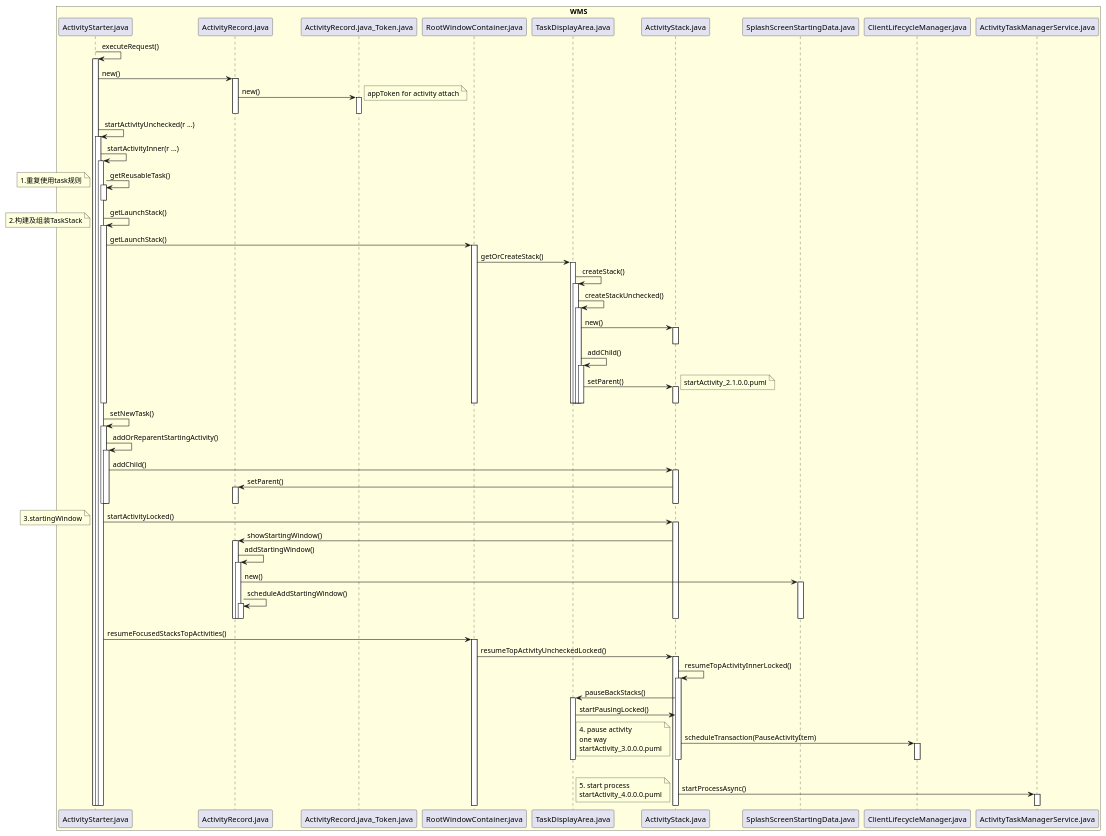
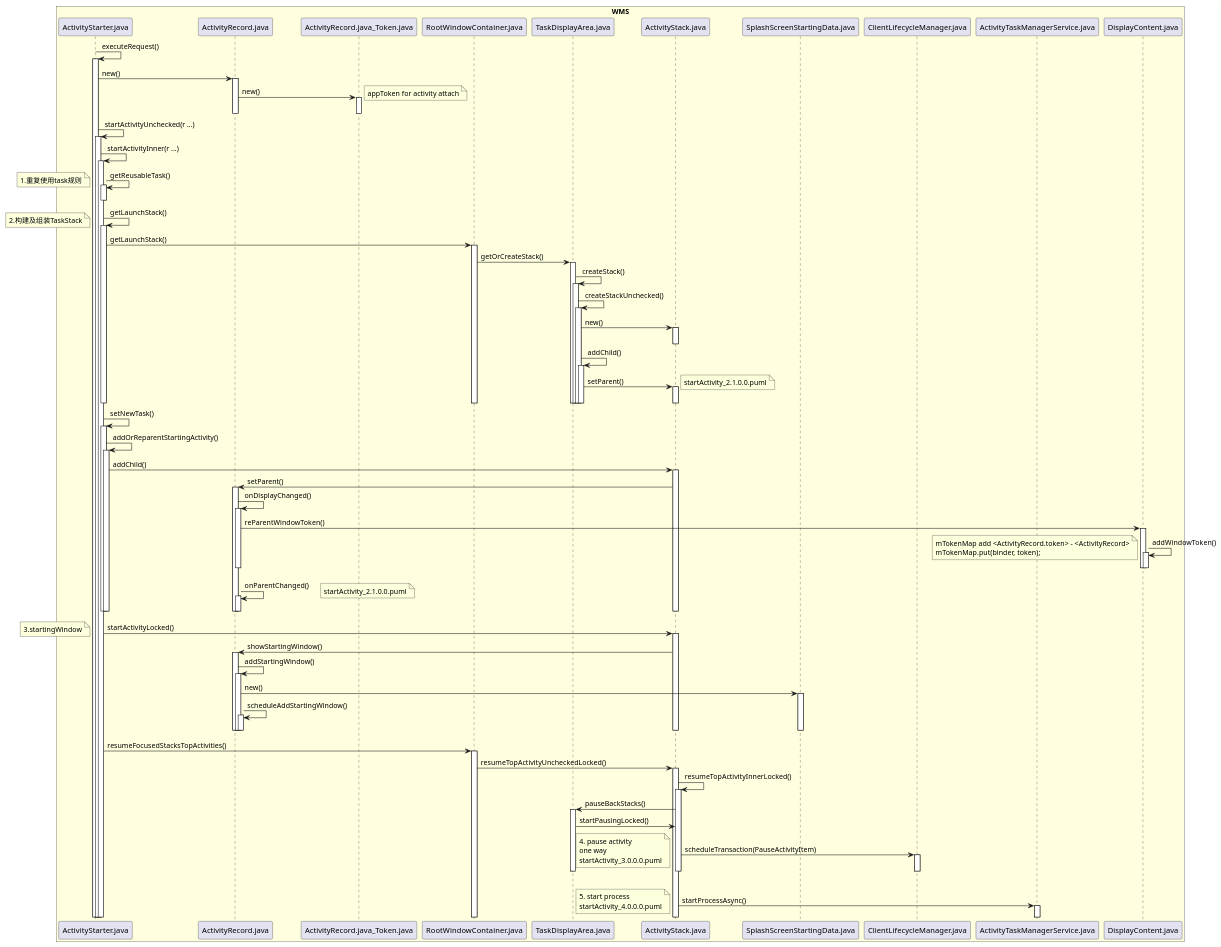
The diagram in android11/startactivity/startActivity_2.0.0.0.puml (javalive09/UML), drawn with PlantUML before and after one commit. The commit also changed 83 other files, not shown here.

Commit message:
update uml

```diff
--- a/android11/startactivity/startActivity_2.0.0.0.puml
+++ b/android11/startactivity/startActivity_2.0.0.0.puml
@@ -1,130 +1,152 @@
 @startuml
 
 box "WMS"  #LightYellow
 participant ActivityStarter.java
 participant ActivityRecord.java
 participant ActivityRecord.java_Token.java
 participant RootWindowContainer.java
 participant TaskDisplayArea.java
 participant ActivityStack.java
 participant SplashScreenStartingData.java
 participant ClientLifecycleManager.java
 participant ActivityTaskManagerService.java
+participant DisplayContent.java
 
 end box
 
 ActivityStarter.java -> ActivityStarter.java: executeRequest()
 activate ActivityStarter.java
 
 ActivityStarter.java -> ActivityRecord.java:new()
 activate ActivityRecord.java
 ActivityRecord.java -> ActivityRecord.java_Token.java:new()
 activate ActivityRecord.java_Token.java
 deactivate ActivityRecord.java_Token.java
 note right: appToken for activity attach
 deactivate ActivityRecord.java
 
 ActivityStarter.java -> ActivityStarter.java: startActivityUnchecked(r ...)
 activate ActivityStarter.java
 ActivityStarter.java -> ActivityStarter.java: startActivityInner(r ...)
 activate ActivityStarter.java
 ActivityStarter.java -> ActivityStarter.java: getReusableTask()
 activate ActivityStarter.java
 deactivate ActivityStarter.java
 note left:1.重复使用task规则
 
 ActivityStarter.java -> ActivityStarter.java: getLaunchStack()
 activate ActivityStarter.java
 note left:2.构建及组装TaskStack
 
 ActivityStarter.java -> RootWindowContainer.java: getLaunchStack()
 activate RootWindowContainer.java
 
 RootWindowContainer.java -> TaskDisplayArea.java: getOrCreateStack()
 activate TaskDisplayArea.java
 TaskDisplayArea.java -> TaskDisplayArea.java: createStack()
 activate TaskDisplayArea.java
 TaskDisplayArea.java -> TaskDisplayArea.java: createStackUnchecked()
 activate TaskDisplayArea.java
 TaskDisplayArea.java -> ActivityStack.java: new()
 activate ActivityStack.java
 deactivate ActivityStack.java
 TaskDisplayArea.java -> TaskDisplayArea.java: addChild()
 activate TaskDisplayArea.java
 
 TaskDisplayArea.java -> ActivityStack.java: setParent()
 activate ActivityStack.java
 note right
 startActivity_2.1.0.0.puml
 end note
 deactivate ActivityStack.java
 deactivate TaskDisplayArea.java
 deactivate TaskDisplayArea.java
 deactivate TaskDisplayArea.java
 deactivate TaskDisplayArea.java
 deactivate RootWindowContainer.java
 deactivate ActivityStarter.java
 
 ActivityStarter.java -> ActivityStarter.java: setNewTask()
 activate ActivityStarter.java
 ActivityStarter.java -> ActivityStarter.java: addOrReparentStartingActivity()
 activate ActivityStarter.java
 
 ActivityStarter.java -> ActivityStack.java: addChild()
 activate ActivityStack.java
 
 ActivityStack.java -> ActivityRecord.java: setParent()
 activate ActivityRecord.java
+ActivityRecord.java -> ActivityRecord.java: onDisplayChanged()
+activate ActivityRecord.java
+ActivityRecord.java -> DisplayContent.java: reParentWindowToken()
+activate DisplayContent.java
+DisplayContent.java -> DisplayContent.java: addWindowToken()
+activate DisplayContent.java
+deactivate DisplayContent.java
+deactivate DisplayContent.java
+note left
+mTokenMap add <ActivityRecord.token> - <ActivityRecord>
+mTokenMap.put(binder, token);
+end note
+deactivate ActivityRecord.java
+ActivityRecord.java -> ActivityRecord.java: onParentChanged()
+activate ActivityRecord.java
+note right
+startActivity_2.1.0.0.puml
+end note
+
+
+deactivate ActivityRecord.java
 deactivate ActivityRecord.java
 deactivate ActivityStack.java
 deactivate ActivityStarter.java
 deactivate ActivityStarter.java
 
 ActivityStarter.java -> ActivityStack.java: startActivityLocked()
 activate ActivityStack.java
 note left: 3.startingWindow
 ActivityStack.java -> ActivityRecord.java: showStartingWindow()
 activate ActivityRecord.java
 
 ActivityRecord.java -> ActivityRecord.java: addStartingWindow()
 activate ActivityRecord.java
 
 ActivityRecord.java -> SplashScreenStartingData.java: new()
 activate SplashScreenStartingData.java
 
 ActivityRecord.java -> ActivityRecord.java: scheduleAddStartingWindow()
 activate ActivityRecord.java
 deactivate ActivityRecord.java
 deactivate ActivityRecord.java
 deactivate ActivityRecord.java
 deactivate ActivityStack.java
 deactivate SplashScreenStartingData.java
 
 ActivityStarter.java -> RootWindowContainer.java: resumeFocusedStacksTopActivities()
 activate RootWindowContainer.java
 RootWindowContainer.java -> ActivityStack.java: resumeTopActivityUncheckedLocked()
 activate ActivityStack.java
 ActivityStack.java -> ActivityStack.java: resumeTopActivityInnerLocked()
 activate ActivityStack.java
 ActivityStack.java -> TaskDisplayArea.java: pauseBackStacks()
 activate TaskDisplayArea.java
 TaskDisplayArea.java -> ActivityStack.java: startPausingLocked()
 ActivityStack.java -> ClientLifecycleManager.java: scheduleTransaction(PauseActivityItem)
 note left
  4. pause activity
  one way
  startActivity_3.0.0.0.puml
 end note
 
 activate ClientLifecycleManager.java
 deactivate ClientLifecycleManager.java
 deactivate ActivityStack.java
 deactivate TaskDisplayArea.java
 ActivityStack.java -> ActivityTaskManagerService.java: startProcessAsync()
 activate ActivityTaskManagerService.java
 note left
 5. start process
 startActivity_4.0.0.0.puml
 end note
 
 @enduml
```
